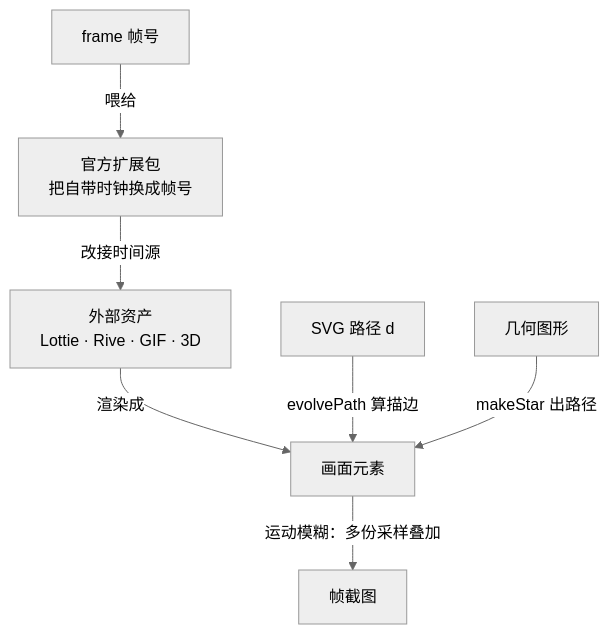
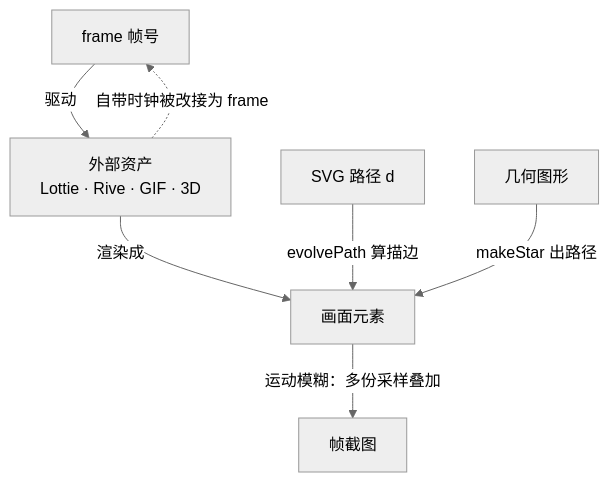
One commit to wangxiangnan/wangxiangnan.github.io changed the diagram in src/remotion/ch09.md. Above: the diagram before and after it, drawn with Mermaid (neutral theme). The commit also changed other lines of this file and 18 other files, not shown here.

````diff
--- a/src/remotion/ch09.md
+++ b/src/remotion/ch09.md
@@ -12,17 +12,16 @@
 ```mermaid
 flowchart TB
     FR["frame 帧号"]
-    PK["官方扩展包<br>把自带时钟换成帧号"]
     EX["外部资产<br>Lottie · Rive · GIF · 3D"]
     PT["SVG 路径 d"]
     SH["几何图形"]
     EL["画面元素"]
     IM["帧截图"]
 
-    FR -->|"喂给"| PK
-    PK -->|"改接时间源"| EX
+    FR -->|"驱动"| EX
+    EX -.->|"自带时钟被改接为 frame"| FR
     EX -->|"渲染成"| EL
     PT -->|"evolvePath 算描边"| EL
     SH -->|"makeStar 出路径"| EL
     EL -->|"运动模糊：多份采样叠加"| IM
 ```
````
